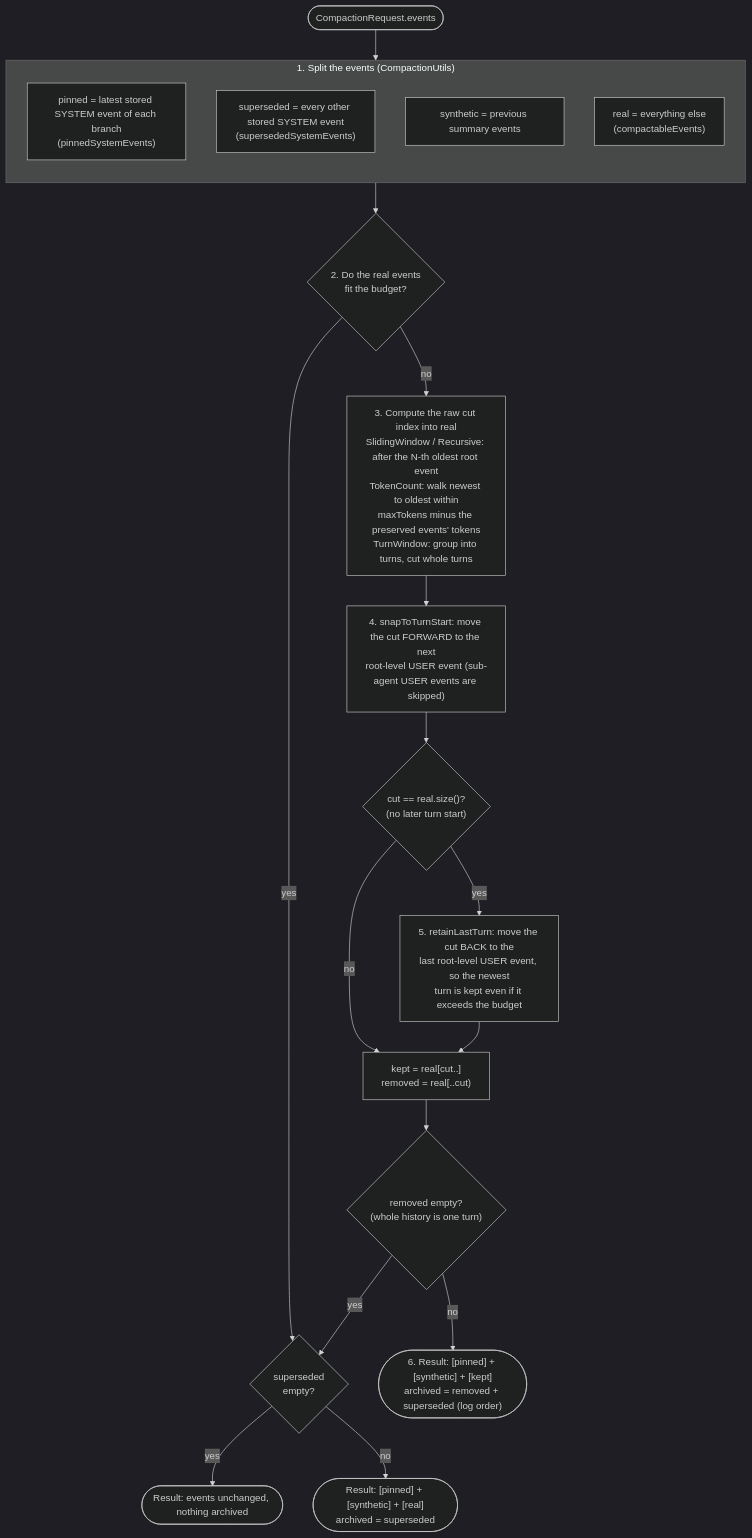
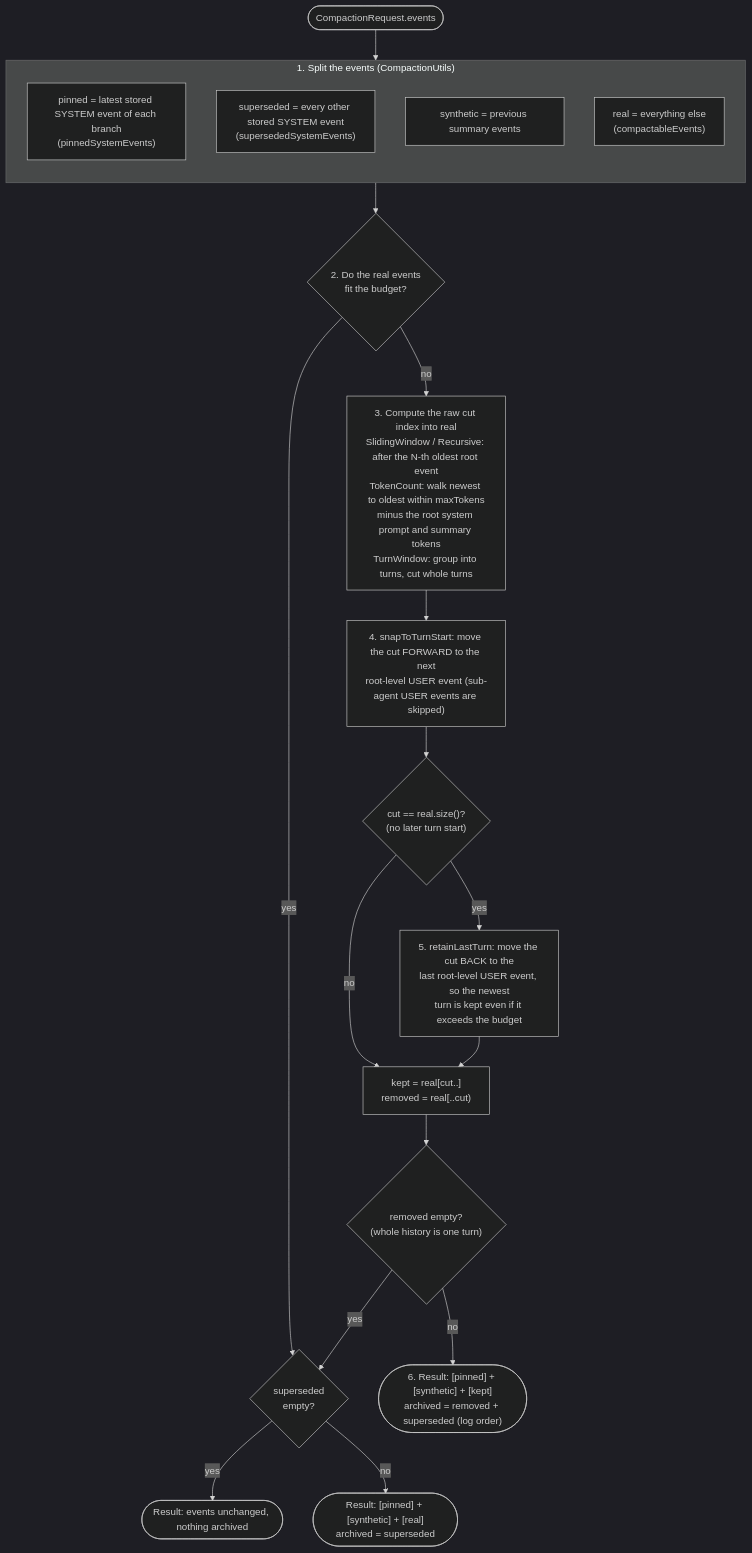
The fifth of 7 diagrams in docs/session-management/compaction-internals.md (spring-ai-community/spring-ai-session), drawn with Mermaid (dark theme) before and after one commit. The commit also changed other lines of this file and 9 other files, not shown here.

First line of the commit message:
Count only the root system prompt toward the token budget

````diff
--- a/docs/session-management/compaction-internals.md
+++ b/docs/session-management/compaction-internals.md
@@ -255,27 +246,27 @@
 ```mermaid
 flowchart TB
     start([CompactionRequest.events]) --> split
 
     subgraph split["1. Split the events (CompactionUtils)"]
         direction TB
         s1["pinned = latest stored SYSTEM event of each branch<br/>(pinnedSystemEvents)"]
         s2["superseded = every other stored SYSTEM event<br/>(supersededSystemEvents)"]
         s3["synthetic = previous summary events"]
         s4["real = everything else<br/>(compactableEvents)"]
     end
 
     split --> budget{"2. Do the real events<br/>fit the budget?"}
     budget -- yes --> noop{"superseded<br/>empty?"}
     noop -- yes --> r0([Result: events unchanged, nothing archived])
     noop -- no --> r1(["Result: [pinned] + [synthetic] + [real]<br/>archived = superseded"])
 
-    budget -- no --> raw["3. Compute the raw cut index into real<br/>SlidingWindow / Recursive: after the N-th oldest root event<br/>TokenCount: walk newest to oldest within<br/>maxTokens minus the preserved events' tokens<br/>TurnWindow: group into turns, cut whole turns"]
+    budget -- no --> raw["3. Compute the raw cut index into real<br/>SlidingWindow / Recursive: after the N-th oldest root event<br/>TokenCount: walk newest to oldest within maxTokens<br/>minus the root system prompt and summary tokens<br/>TurnWindow: group into turns, cut whole turns"]
     raw --> snap["4. snapToTurnStart: move the cut FORWARD to the next<br/>root-level USER event (sub-agent USER events are skipped)"]
     snap --> end1{"cut == real.size()?<br/>(no later turn start)"}
     end1 -- no --> cut
     end1 -- yes --> retain["5. retainLastTurn: move the cut BACK to the<br/>last root-level USER event, so the newest<br/>turn is kept even if it exceeds the budget"]
     retain --> cut["kept = real[cut..]<br/>removed = real[..cut)"]
     cut --> empty{"removed empty?<br/>(whole history is one turn)"}
     empty -- yes --> noop
     empty -- no --> r2(["6. Result: [pinned] + [synthetic] + [kept]<br/>archived = removed + superseded (log order)"])
 ```
````
